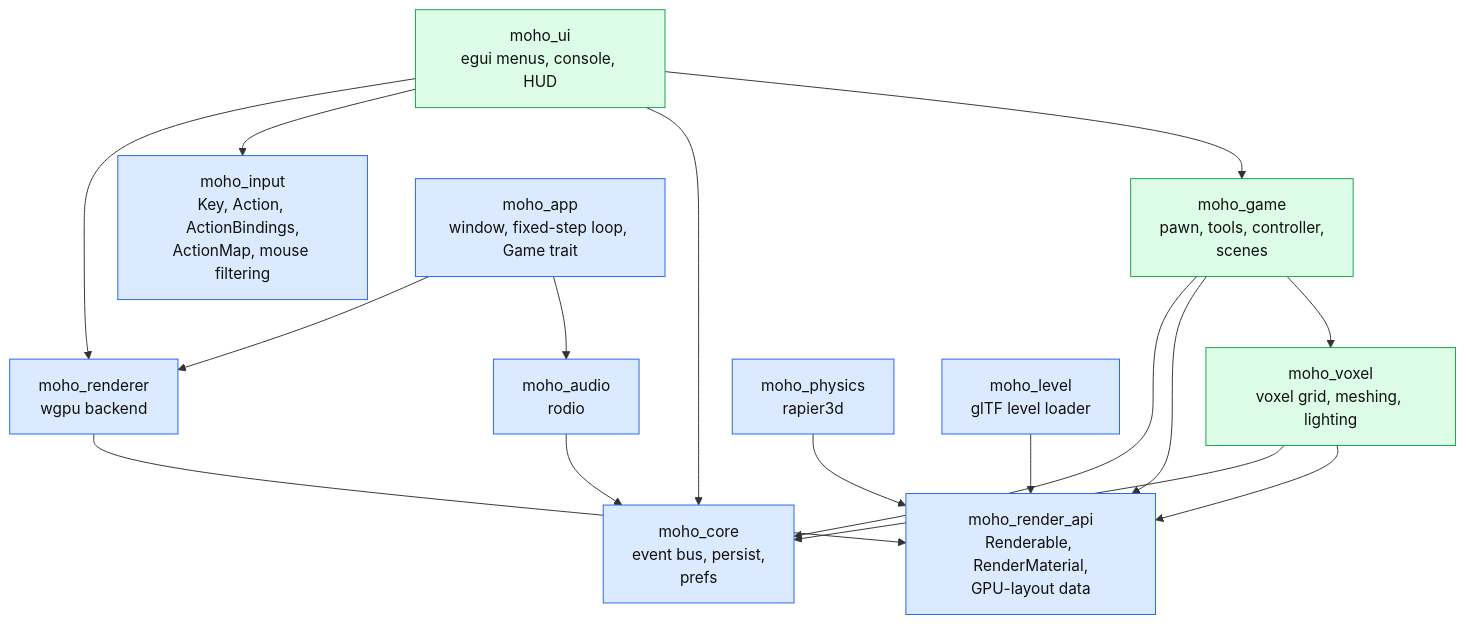
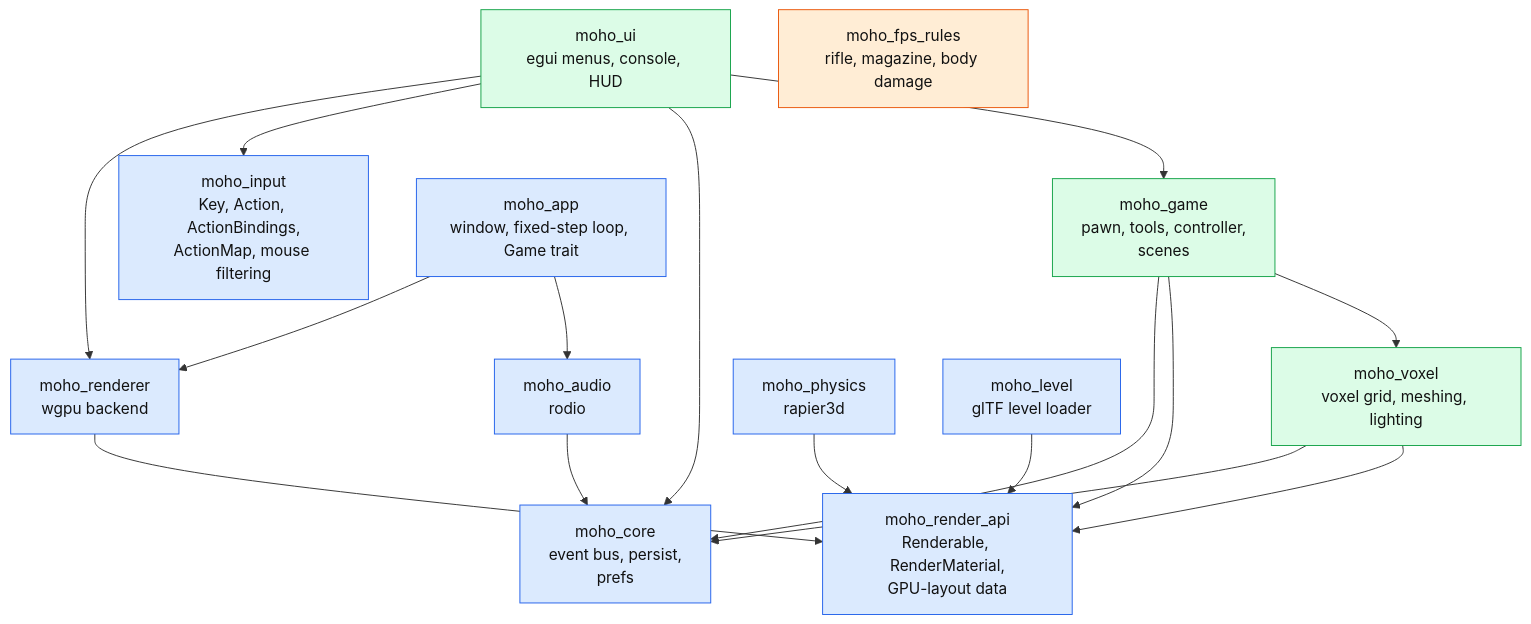
One commit to WrackedFella/moho changed the first of 3 diagrams in wiki/architecture/overview.md. Above: the diagram before and after it, drawn with Mermaid. The commit also changed other lines of this file, not shown here.

First line of the commit message:
docs(wiki): add moho_fps_rules to the architecture overview (FPS-F2-05)

````diff
--- a/wiki/architecture/overview.md
+++ b/wiki/architecture/overview.md
@@ -17,27 +17,29 @@
 ```mermaid
 flowchart TD
     ui["moho_ui<br/>egui menus, console, HUD"]:::strategy
     game["moho_game<br/>pawn, tools, controller,<br/>scenes"]:::strategy
     voxel["moho_voxel<br/>voxel grid, meshing, lighting"]:::strategy
 
     renderer["moho_renderer<br/>wgpu backend"]:::engine
     rapi["moho_render_api<br/>Renderable, RenderMaterial,<br/>GPU-layout data"]:::engine
     core["moho_core<br/>event bus, persist,<br/>prefs"]:::engine
     audio["moho_audio<br/>rodio"]:::engine
     physics["moho_physics<br/>rapier3d"]:::engine
     input["moho_input<br/>Key, Action, ActionBindings,<br/>ActionMap, mouse filtering"]:::engine
     app["moho_app<br/>window, fixed-step loop, Game trait"]:::engine
     level["moho_level<br/>glTF level loader"]:::engine
+    fps["moho_fps_rules<br/>rifle, magazine, body damage"]:::fps
 
     ui --> renderer & input & core & game
     game --> core & rapi & voxel
     voxel --> core & rapi
     renderer --> rapi
     app --> renderer & audio
     audio --> core
     physics --> rapi
     level --> rapi
 
     classDef engine fill:#dbeafe,stroke:#2563eb,color:#111
     classDef strategy fill:#dcfce7,stroke:#16a34a,color:#111
+    classDef fps fill:#ffedd5,stroke:#ea580c,color:#111
 ```
````
